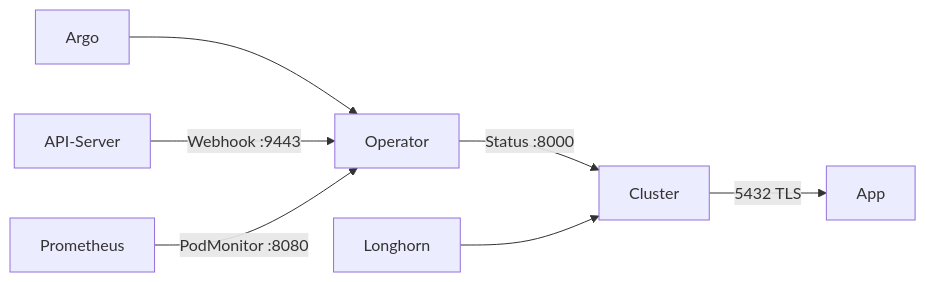
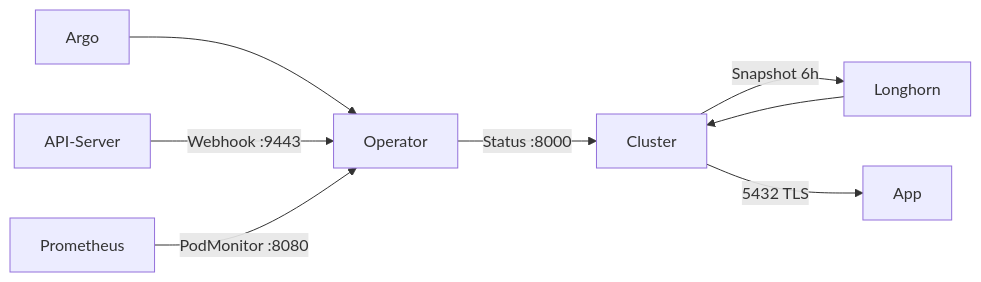
Before and after one commit to HenryHST/minilab: the diagram in docs/bookstack/books/cloudnative-pg/01-uebersicht.md, drawn with Mermaid. The commit also changed other lines of this file and 26 other files, not shown here.

````diff
--- a/docs/bookstack/books/cloudnative-pg/01-uebersicht.md
+++ b/docs/bookstack/books/cloudnative-pg/01-uebersicht.md
@@ -14,9 +14,10 @@
 ```mermaid
 flowchart LR
   Argo --> Operator
   API[API-Server] -->|Webhook :9443| Operator
   Prom[Prometheus] -->|PodMonitor :8080| Operator
   Operator -->|Status :8000| Cluster
   Longhorn --> Cluster
+  Cluster -->|Snapshot 6h| Longhorn
   Cluster -->|5432 TLS| App
 ```
````
